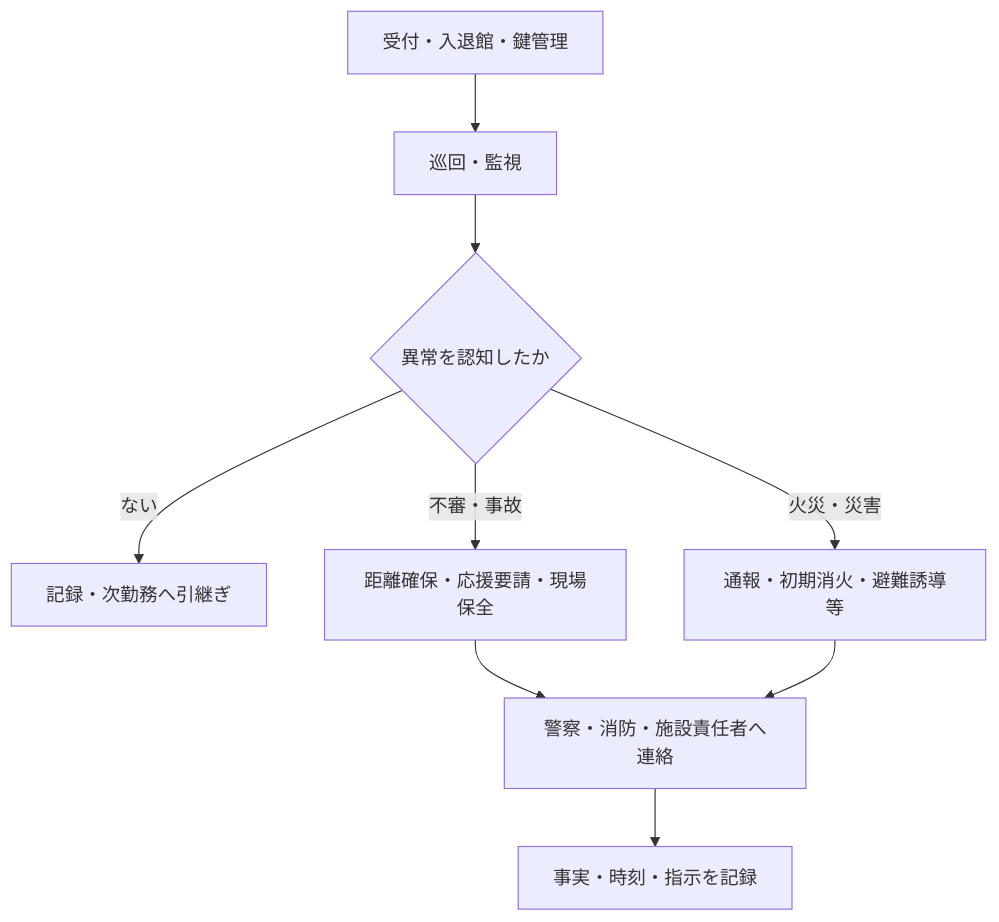
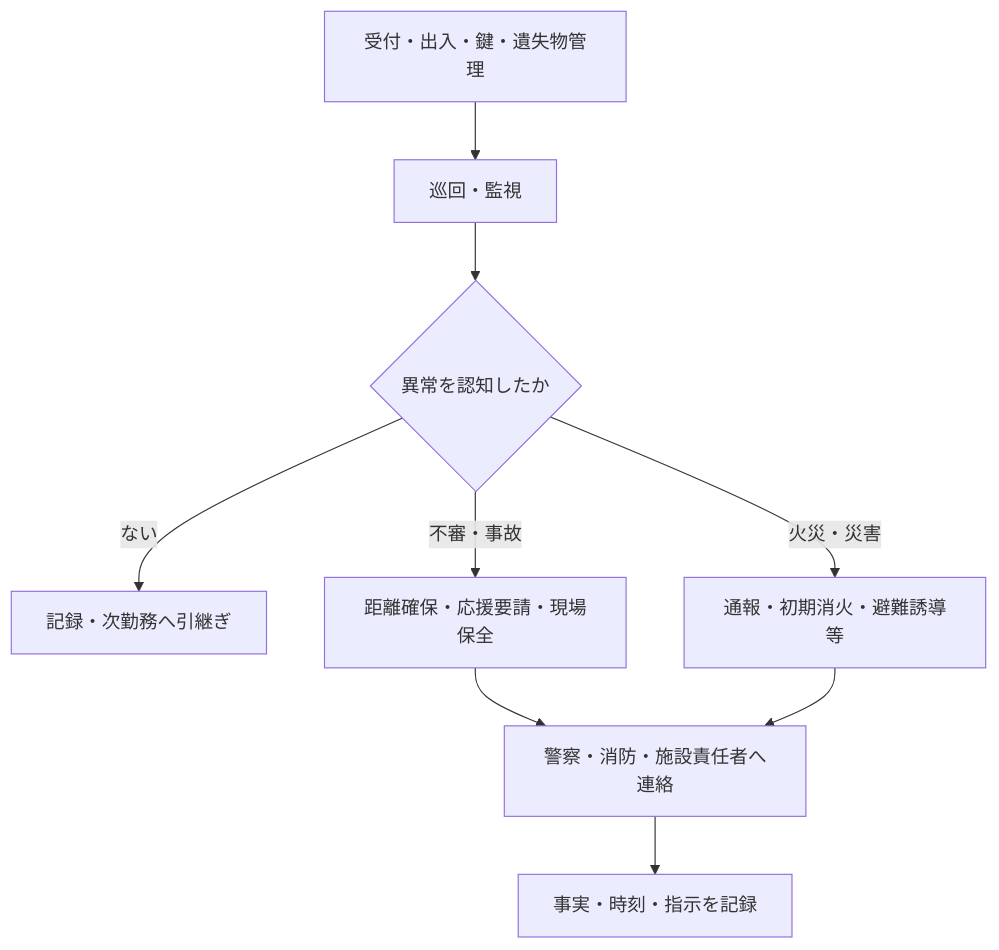
One commit to tsumasaki-kurageya/property-management-pdm changed the diagram in src/content/docs/field-work/security-and-disaster-prevention.md. Above: the diagram before and after it, drawn with Mermaid. The commit also changed other lines of this file and 51 other files, not shown here.

````diff
--- a/src/content/docs/field-work/security-and-disaster-prevention.md
+++ b/src/content/docs/field-work/security-and-disaster-prevention.md
@@ -25,11 +26,11 @@
 ```mermaid
 flowchart TB
-    A["受付・入退館・鍵管理"] --> B["巡回・監視"]
+    A["受付・出入・鍵・遺失物管理"] --> B["巡回・監視"]
     B --> C{"異常を認知したか"}
     C -->|"ない"| D["記録・次勤務へ引継ぎ"]
     C -->|"不審・事故"| E["距離確保・応援要請・現場保全"]
     C -->|"火災・災害"| F["通報・初期消火・避難誘導等"]
     E --> G["警察・消防・施設責任者へ連絡"]
     F --> G
     G --> H["事実・時刻・指示を記録"]
 ```
````
